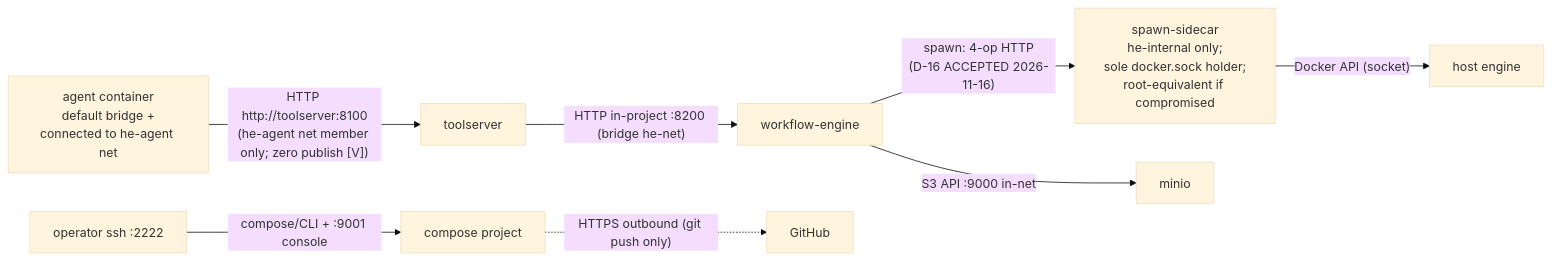
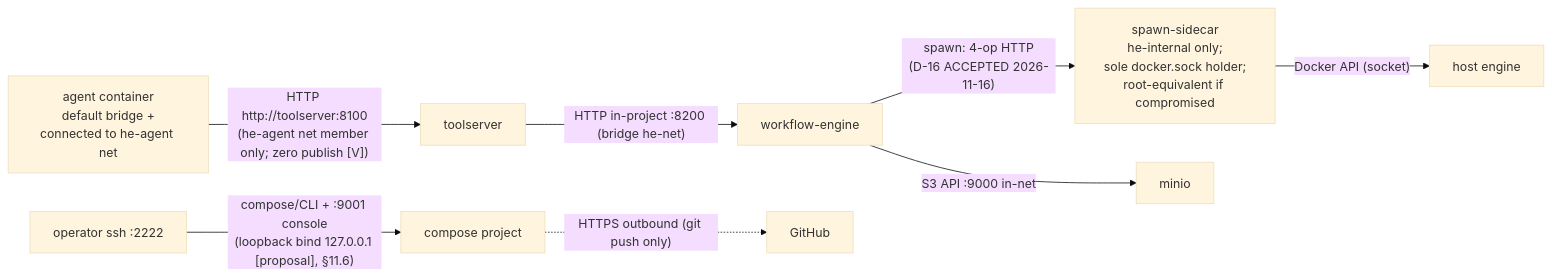
Before and after one commit to jstevenjacobs/HE-toolstack: the fourth of 9 diagrams in docs/HE-TOOLSTACK-TECHNICAL-DESIGN.md, drawn with Mermaid (base theme). The commit also changed other lines of this file and 2 other files, not shown here.

````diff
--- a/docs/HE-TOOLSTACK-TECHNICAL-DESIGN.md
+++ b/docs/HE-TOOLSTACK-TECHNICAL-DESIGN.md
@@ -346,9 +346,9 @@
 ```mermaid
 graph LR
     AGENT[agent container<br/>default bridge +<br/>connected to he-agent net] -- "HTTP http://toolserver:8100<br/>(he-agent net member only; zero publish [V])" --> TS[toolserver]
-    OPS[operator ssh :2222] -- "compose/CLI + :9001 console" --> STACK[compose project]
+    OPS[operator ssh :2222] -- "compose/CLI + :9001 console<br/>(loopback bind 127.0.0.1 [proposal], §11.6)" --> STACK[compose project]
     TS -- "HTTP in-project :8200 (bridge he-net)" --> WE[workflow-engine]
     WE -- "spawn: 4-op HTTP<br/>(D-16 ACCEPTED 2026-11-16)" --> SC[spawn-sidecar<br/>he-internal only;<br/>sole docker.sock holder;<br/>root-equivalent if compromised] -- "Docker API (socket)" --> DE[host engine]
     WE -- "S3 API :9000 in-net" --> MO[minio]
     STACK -. "HTTPS outbound (git push only)" .-> GH[GitHub]
 ```
````
